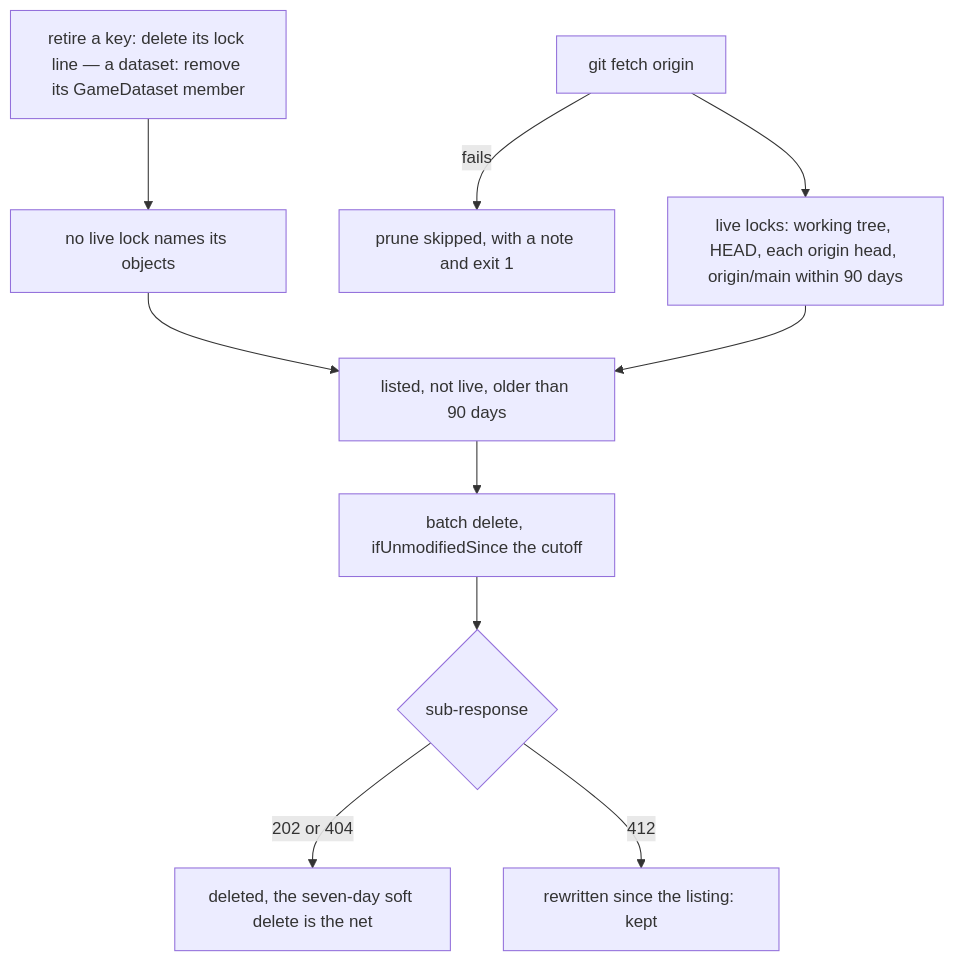
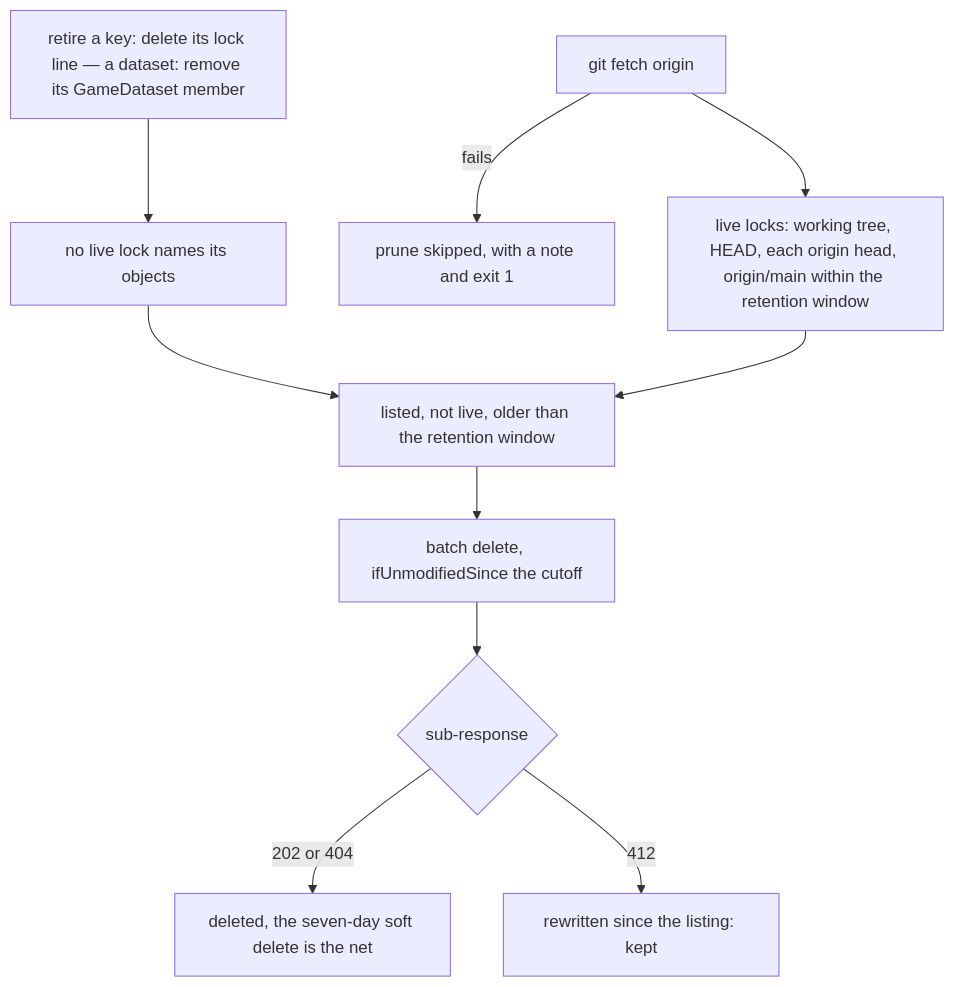
The fourth of 5 diagrams in openspec/specs/genshin/hosted-game-data/design.md (Esposter/Esposter), drawn with Mermaid before and after one commit. The commit also changed other lines of this file and 41 other files, not shown here.

````diff
--- a/openspec/specs/genshin/hosted-game-data/design.md
+++ b/openspec/specs/genshin/hosted-game-data/design.md
@@ -171,12 +171,12 @@
 ```mermaid
 flowchart TD
   Retire["retire a key: delete its lock line — a dataset: remove its GameDataset member"] --> Unreached["no live lock names its objects"]
   Fetch["git fetch origin"] -->|fails| Skipped["prune skipped, with a note and exit 1"]
-  Fetch --> Locks["live locks: working tree, HEAD, each origin head, origin/main within 90 days"]
+  Fetch --> Locks["live locks: working tree, HEAD, each origin head, origin/main within the retention window"]
   Unreached --> Candidates
-  Locks --> Candidates["listed, not live, older than 90 days"]
+  Locks --> Candidates["listed, not live, older than the retention window"]
   Candidates --> Delete["batch delete, ifUnmodifiedSince the cutoff"]
   Delete --> Outcome{"sub-response"}
   Outcome -->|"202 or 404"| Gone["deleted, the seven-day soft delete is the net"]
   Outcome -->|412| Kept["rewritten since the listing: kept"]
 ```
````
